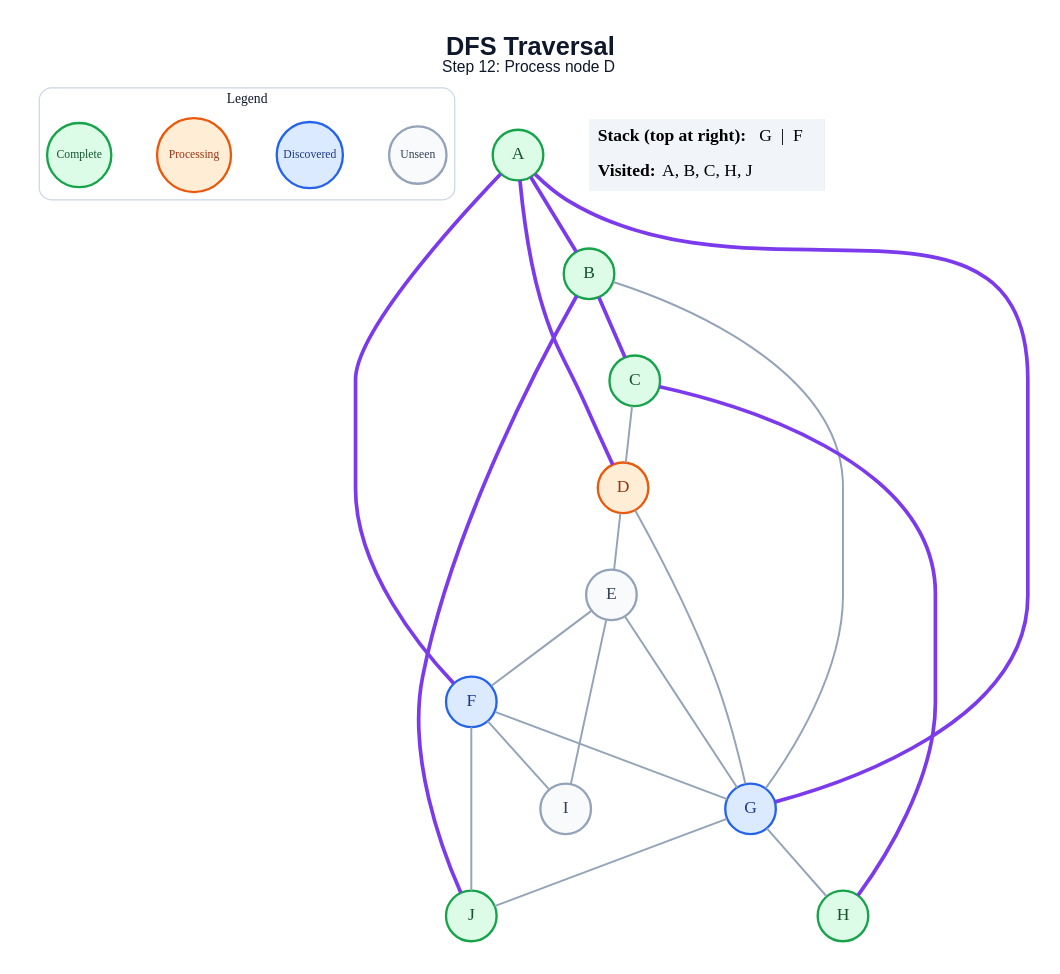
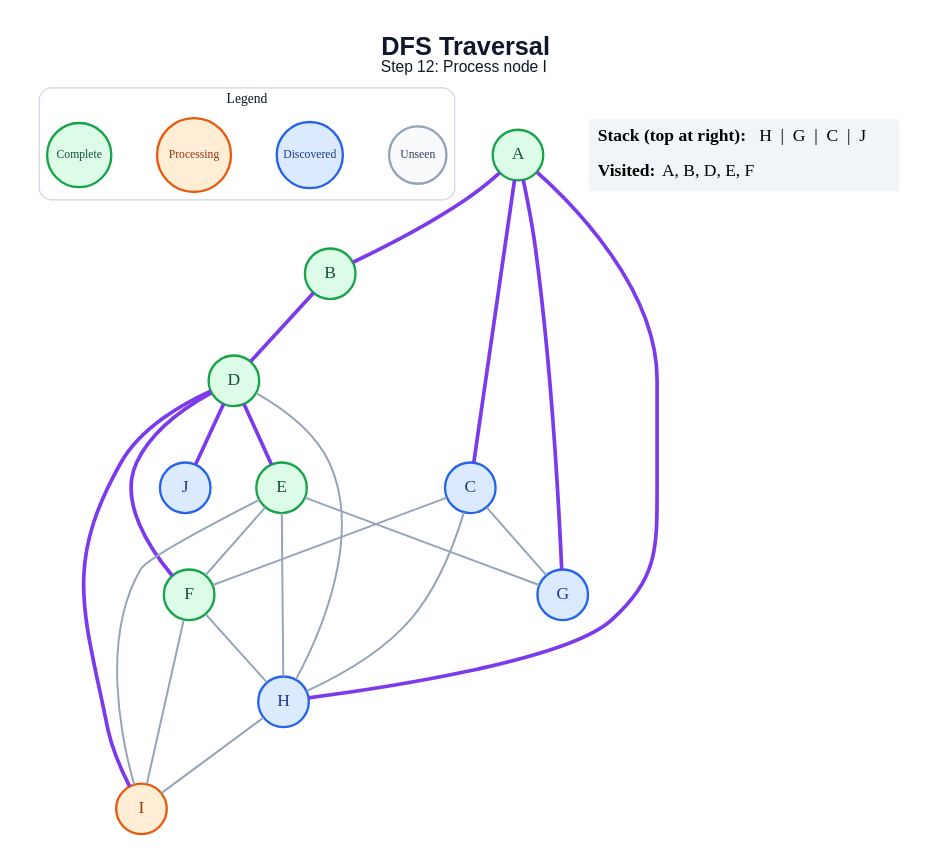
The diagram in generated/dfs/step_12.dot (amanghodawala9/ai-slop), drawn with Graphviz before and after one commit. The commit also changed 178 other files, not shown here.

```diff
--- a/generated/dfs/step_12.dot
+++ b/generated/dfs/step_12.dot
@@ -1,48 +1,49 @@
 graph traversal {
   graph [layout=dot, rankdir=TB, bgcolor="#FFFFFF", pad="0.35", nodesep="0.65", ranksep="0.8", fontname="Arial"];
   node [shape=circle, style="filled", fontname="Arial Bold", fontsize=18, width=0.72, fixedsize=true, penwidth=2.4];
   edge [color="#94A3B8", penwidth=2.0];
-  label=<<B>DFS Traversal</B><BR/><FONT POINT-SIZE="16">Step 12: Process node D</FONT>>; labelloc="t"; fontsize=26; fontname="Arial"; fontcolor="#0F172A";
+  label=<<B>DFS Traversal</B><BR/><FONT POINT-SIZE="16">Step 12: Process node I</FONT>>; labelloc="t"; fontsize=26; fontname="Arial"; fontcolor="#0F172A";
   subgraph cluster_legend { label="Legend"; color="#CBD5E1"; penwidth=1.2; style="rounded"; fontsize=14; fontname="Arial Bold";
     key_unseen [label="Unseen", fillcolor="#F8FAFC", color="#94A3B8", fontcolor="#334155", fontsize=12, width=0.82];
     key_frontier [label="Discovered", fillcolor="#DBEAFE", color="#2563EB", fontcolor="#1E3A8A", fontsize=12, width=0.95];
     key_current [label="Processing", fillcolor="#FFEDD5", color="#EA580C", fontcolor="#9A3412", fontsize=12, width=1.05];
     key_done [label="Complete", fillcolor="#DCFCE7", color="#16A34A", fontcolor="#14532D", fontsize=12, width=0.92];
     { rank=same; key_unseen; key_frontier; key_current; key_done; }
   }
   A [fillcolor="#DCFCE7", color="#16A34A", fontcolor="#14532D"];
   B [fillcolor="#DCFCE7", color="#16A34A", fontcolor="#14532D"];
-  C [fillcolor="#DCFCE7", color="#16A34A", fontcolor="#14532D"];
-  D [fillcolor="#FFEDD5", color="#EA580C", fontcolor="#9A3412"];
-  E [fillcolor="#F8FAFC", color="#94A3B8", fontcolor="#334155"];
-  F [fillcolor="#DBEAFE", color="#2563EB", fontcolor="#1E3A8A"];
+  C [fillcolor="#DBEAFE", color="#2563EB", fontcolor="#1E3A8A"];
+  D [fillcolor="#DCFCE7", color="#16A34A", fontcolor="#14532D"];
+  E [fillcolor="#DCFCE7", color="#16A34A", fontcolor="#14532D"];
+  F [fillcolor="#DCFCE7", color="#16A34A", fontcolor="#14532D"];
   G [fillcolor="#DBEAFE", color="#2563EB", fontcolor="#1E3A8A"];
-  H [fillcolor="#DCFCE7", color="#16A34A", fontcolor="#14532D"];
-  I [fillcolor="#F8FAFC", color="#94A3B8", fontcolor="#334155"];
-  J [fillcolor="#DCFCE7", color="#16A34A", fontcolor="#14532D"];
+  H [fillcolor="#DBEAFE", color="#2563EB", fontcolor="#1E3A8A"];
+  I [fillcolor="#FFEDD5", color="#EA580C", fontcolor="#9A3412"];
+  J [fillcolor="#DBEAFE", color="#2563EB", fontcolor="#1E3A8A"];
   A -- B [color="#7C3AED", penwidth=3.8];
-  A -- D [color="#7C3AED", penwidth=3.8];
-  A -- F [color="#7C3AED", penwidth=3.8];
+  A -- C [color="#7C3AED", penwidth=3.8];
   A -- G [color="#7C3AED", penwidth=3.8];
-  B -- C [color="#7C3AED", penwidth=3.8];
-  B -- G;
-  B -- J [color="#7C3AED", penwidth=3.8];
-  C -- D;
-  C -- H [color="#7C3AED", penwidth=3.8];
-  D -- E;
-  D -- G;
+  A -- H [color="#7C3AED", penwidth=3.8];
+  B -- D [color="#7C3AED", penwidth=3.8];
+  C -- F;
+  C -- G;
+  C -- H;
+  D -- E [color="#7C3AED", penwidth=3.8];
+  D -- F [color="#7C3AED", penwidth=3.8];
+  D -- H;
+  D -- I [color="#7C3AED", penwidth=3.8];
+  D -- J [color="#7C3AED", penwidth=3.8];
   E -- F;
   E -- G;
+  E -- H;
   E -- I;
-  F -- G;
+  F -- H;
   F -- I;
-  F -- J;
-  G -- H;
-  G -- J;
+  H -- I;
   status [shape=plain, fixedsize=false, width=0, height=0, margin=0, label=<
     <TABLE BORDER="0" CELLBORDER="0" CELLPADDING="7" BGCOLOR="#F1F5F9">
-      <TR><TD ALIGN="LEFT"><B>Stack (top at right):</B> G  |  F</TD></TR>
-      <TR><TD ALIGN="LEFT"><B>Visited:</B> A, B, C, H, J</TD></TR>
+      <TR><TD ALIGN="LEFT"><B>Stack (top at right):</B> H  |  G  |  C  |  J</TD></TR>
+      <TR><TD ALIGN="LEFT"><B>Visited:</B> A, B, D, E, F</TD></TR>
     </TABLE>
   >];
 }
```
